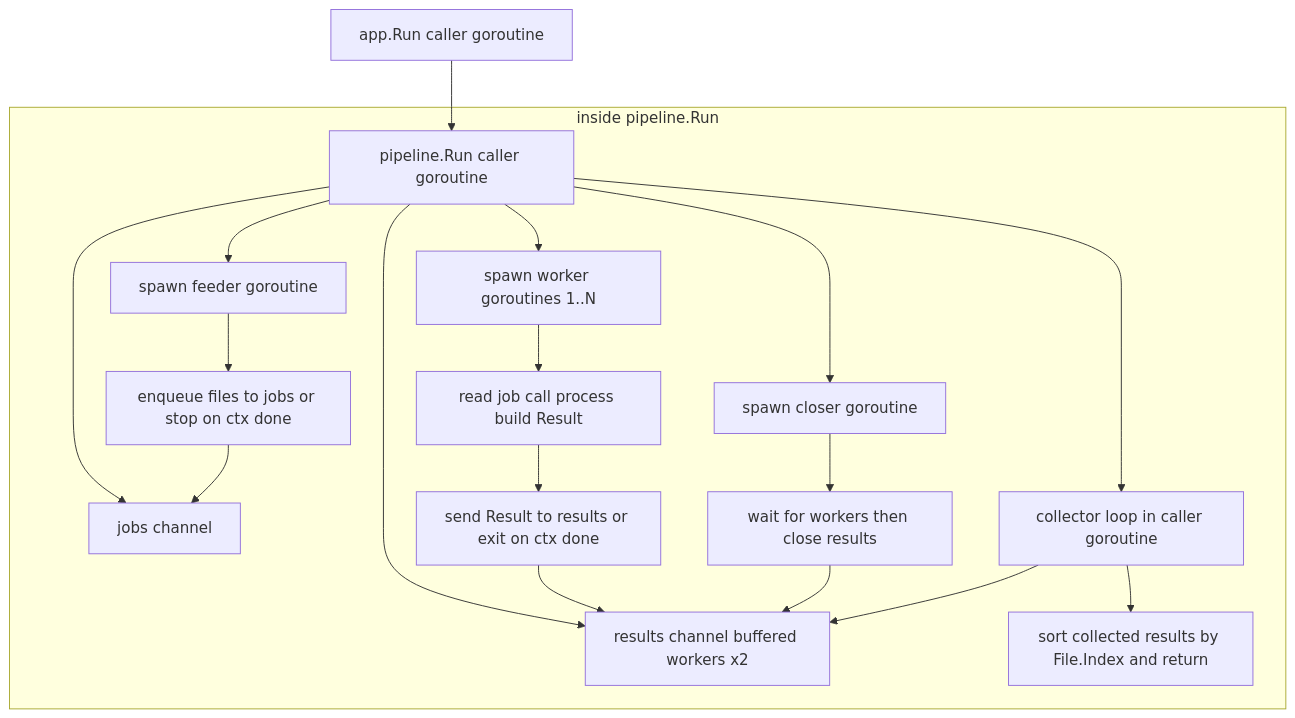
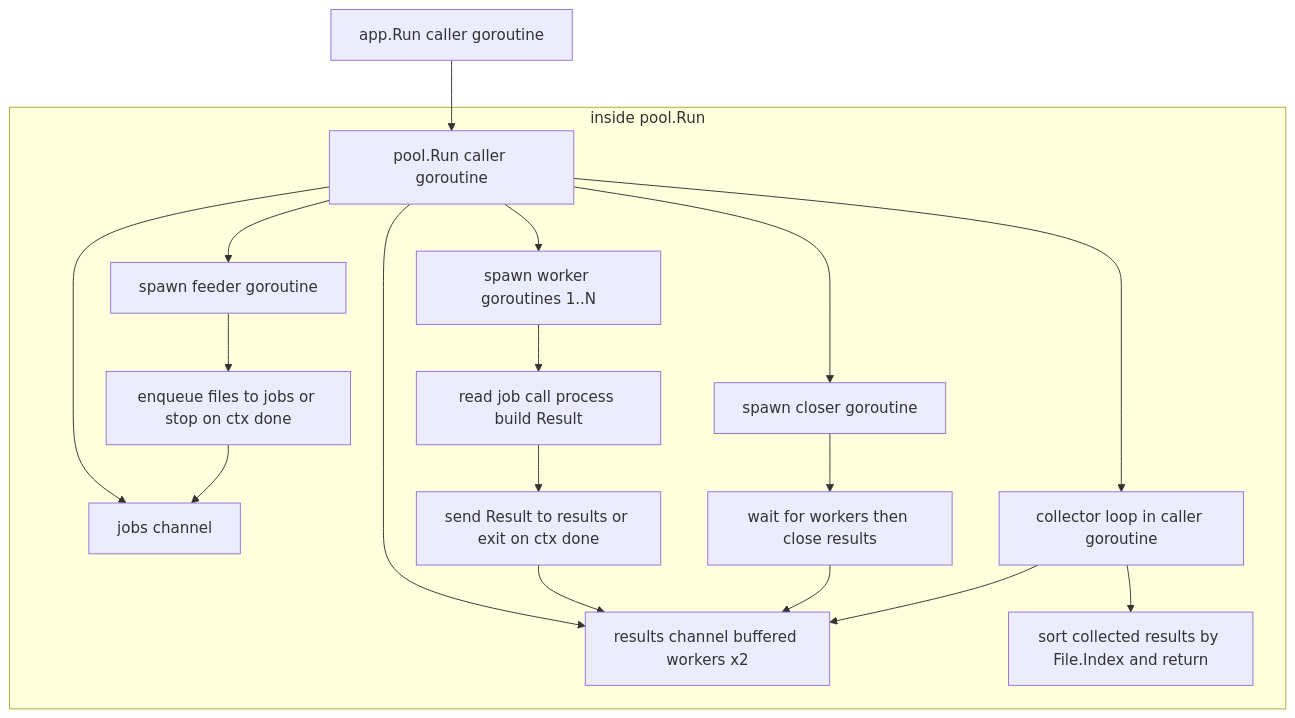
One commit to DaniilHarik/gpx-merge changed the second of 2 diagrams in docs/ARCHITECTURE.md. Above: the diagram before and after it, drawn with Mermaid. The commit also changed other lines of this file and 11 other files, not shown here.

Commit message:
refactor: replace internal/pipeline package with internal/pool for concurrency management.

````diff
--- a/docs/ARCHITECTURE.md
+++ b/docs/ARCHITECTURE.md
@@ -180,26 +180,26 @@
 ```mermaid
 flowchart TD
-    A["app.Run caller goroutine"] --> B["pipeline.Run caller goroutine"]
+    A["app.Run caller goroutine"] --> B["pool.Run caller goroutine"]
 
-    subgraph PR["inside pipeline.Run"]
+    subgraph PR["inside pool.Run"]
         B --> C["jobs channel"]
         B --> D["results channel buffered workers x2"]
         B --> E["spawn feeder goroutine"]
         B --> F["spawn worker goroutines 1..N"]
         B --> G["spawn closer goroutine"]
         B --> H["collector loop in caller goroutine"]
 
         E --> I["enqueue files to jobs or stop on ctx done"]
         I --> C
 
         F --> J["read job call process build Result"]
         J --> K["send Result to results or exit on ctx done"]
         K --> D
 
         G --> L["wait for workers then close results"]
         L --> D
 
         H --> D
         H --> M["sort collected results by File.Index and return"]
     end
 ```
````
